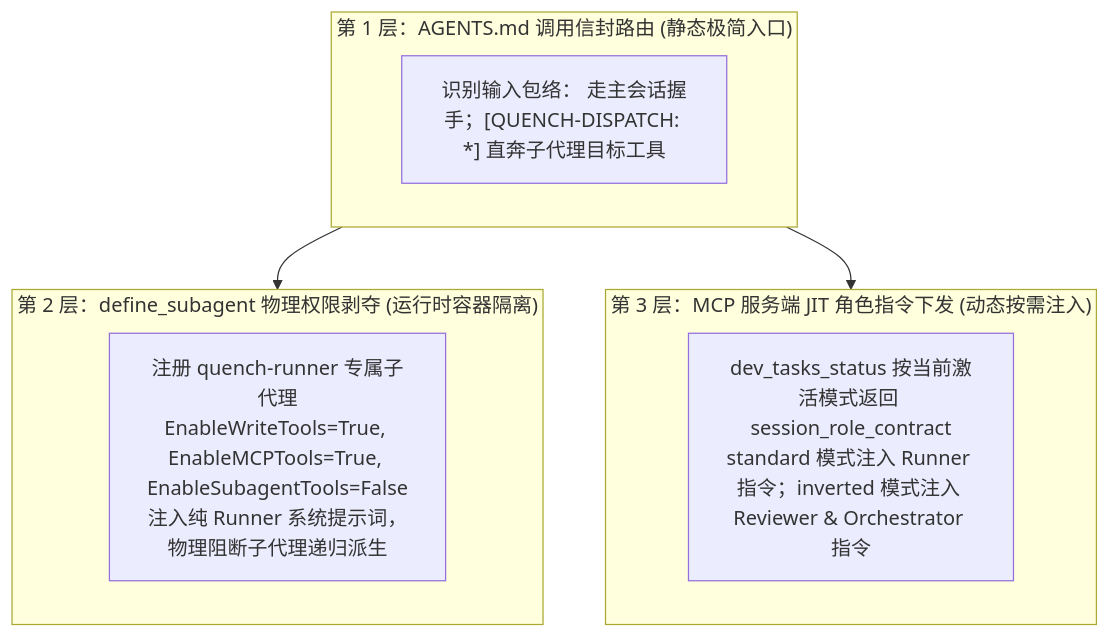
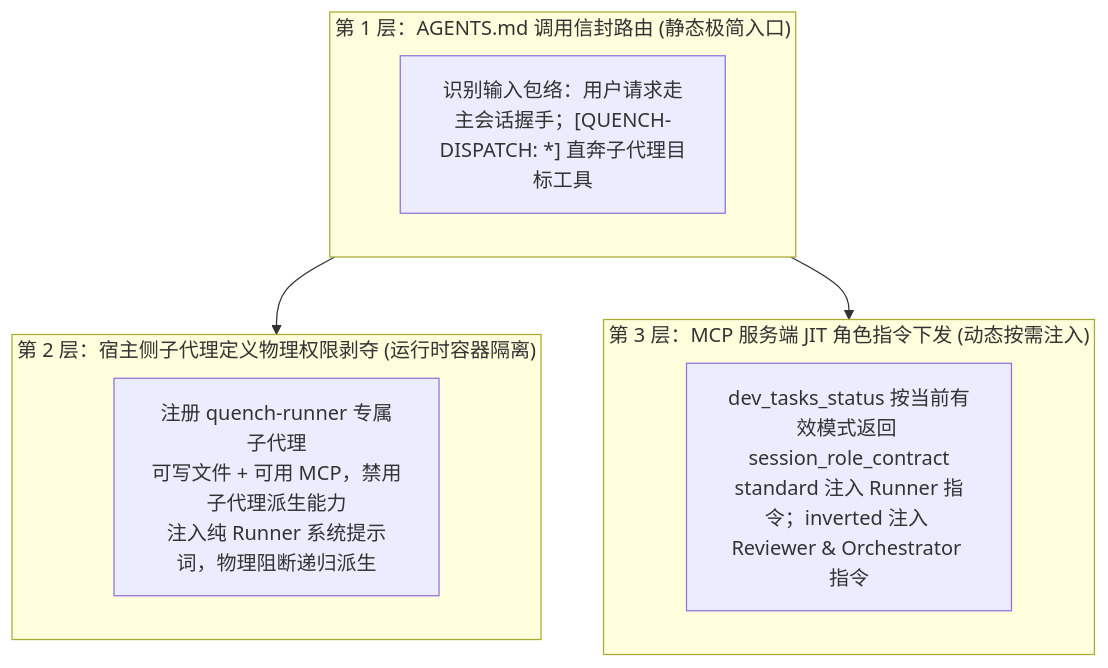
Before and after one commit to Qquench/Quorch: the second of 3 diagrams in docs/roadmap/v1.25_dual_mode_orchestration_and_autopilot_harness_roadmap.md, drawn with Mermaid. The commit also changed other lines of this file and 1 other file, not shown here.

Commit message:
docs(roadmap): finalize v1.25 roadmap rev.2 with trust model and unified attestation

````diff
--- a/docs/roadmap/v1.25_dual_mode_orchestration_and_autopilot_harness_roadmap.md
+++ b/docs/roadmap/v1.25_dual_mode_orchestration_and_autopilot_harness_roadmap.md
@@ -98,17 +123,17 @@
 ```mermaid
 flowchart TD
     subgraph L1["第 1 层：AGENTS.md 调用信封路由 (静态极简入口)"]
-        E1["识别输入包络：<USER_REQUEST> 走主会话握手；[QUENCH-DISPATCH: *] 直奔子代理目标工具"]
+        E1["识别输入包络：用户请求走主会话握手；[QUENCH-DISPATCH: *] 直奔子代理目标工具"]
     end
 
-    subgraph L2["第 2 层：define_subagent 物理权限剥夺 (运行时容器隔离)"]
-        E2["注册 quench-runner 专属子代理<br/>EnableWriteTools=True, EnableMCPTools=True, EnableSubagentTools=False<br/>注入纯 Runner 系统提示词，物理阻断子代理递归派生"]
+    subgraph L2["第 2 层：宿主侧子代理定义物理权限剥夺 (运行时容器隔离)"]
+        E2["注册 quench-runner 专属子代理<br/>可写文件 + 可用 MCP，禁用子代理派生能力<br/>注入纯 Runner 系统提示词，物理阻断递归派生"]
     end
 
     subgraph L3["第 3 层：MCP 服务端 JIT 角色指令下发 (动态按需注入)"]
-        E3["dev_tasks_status 按当前激活模式返回 session_role_contract<br/>standard 模式注入 Runner 指令；inverted 模式注入 Reviewer & Orchestrator 指令"]
+        E3["dev_tasks_status 按当前有效模式返回 session_role_contract<br/>standard 注入 Runner 指令；inverted 注入 Reviewer & Orchestrator 指令"]
     end
 
     L1 --> L2
     L1 --> L3
 ```
````
